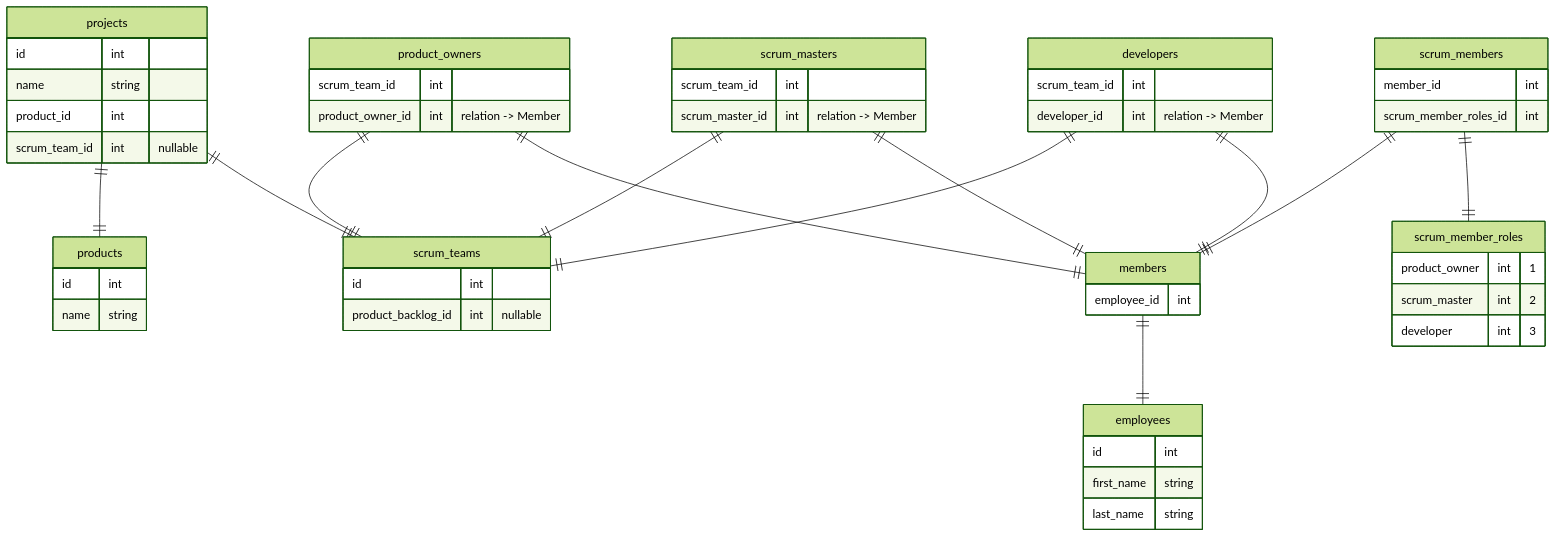
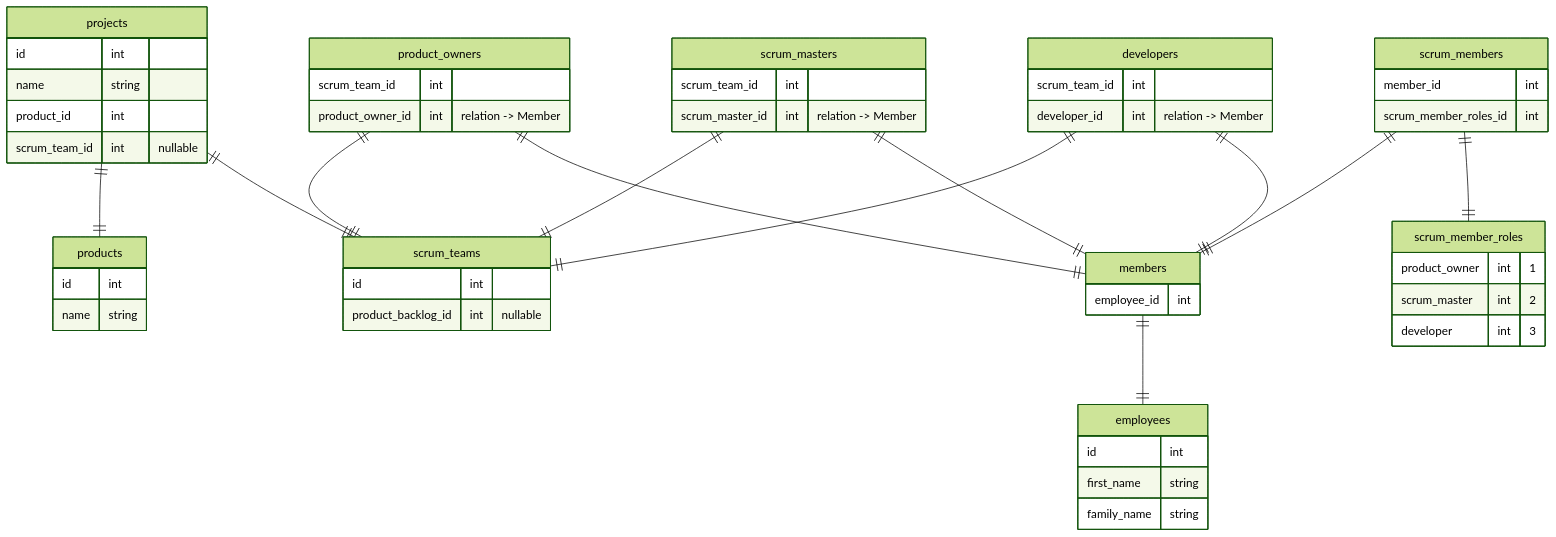
One commit to KushibikiMashu/scrum changed the diagram in packages/core/doc/data-model.md. Above: the diagram before and after it, drawn with Mermaid (forest theme). The commit also changed 2 other files, not shown here.

Commit message:
feat: employee を保存できるようにする

````diff
--- a/packages/core/doc/data-model.md
+++ b/packages/core/doc/data-model.md
@@ -1,73 +1,73 @@
 ```mermaid
 %% https://qiita.com/ramuneru/items/32fbf3032b625f71b69d
 %% 関係性は今は適当に書いてる
 
 erDiagram
     products {
         id int
         name string
     }
     
     projects {
         id int
         name string
 
         product_id int
         scrum_team_id int "nullable"
     }
     projects ||--|| products: ""
     projects ||--|| scrum_teams: ""
 
     employees {
         id int
         first_name string
-        last_name string
+        family_name string
     }
 
     members {
         employee_id int
         %% department id
     }
     members ||--|| employees: ""
 
     scrum_member_roles {
         product_owner int "1" 
         scrum_master int "2" 
         developer int "3" 
     }
 
     scrum_members {
         member_id int
         scrum_member_roles_id int
     }
     scrum_members ||--|| members: ""
     scrum_members ||--|| scrum_member_roles: ""
 
     scrum_teams {
         id int
 
         product_backlog_id int "nullable"
     }
 
     product_owners {
         scrum_team_id int
         product_owner_id int "relation -> Member"
     }
     product_owners ||--|| scrum_teams : ""
     product_owners ||--|| members : ""
 
     scrum_masters {
         scrum_team_id int
         scrum_master_id int "relation -> Member"
     }
     scrum_masters ||--|| scrum_teams : ""
     scrum_masters ||--|| members : ""
 
     developers {
         scrum_team_id int
         developer_id int "relation -> Member"
     }
     developers ||--|| scrum_teams : ""
     developers ||--|| members : ""
 
 ```
````
